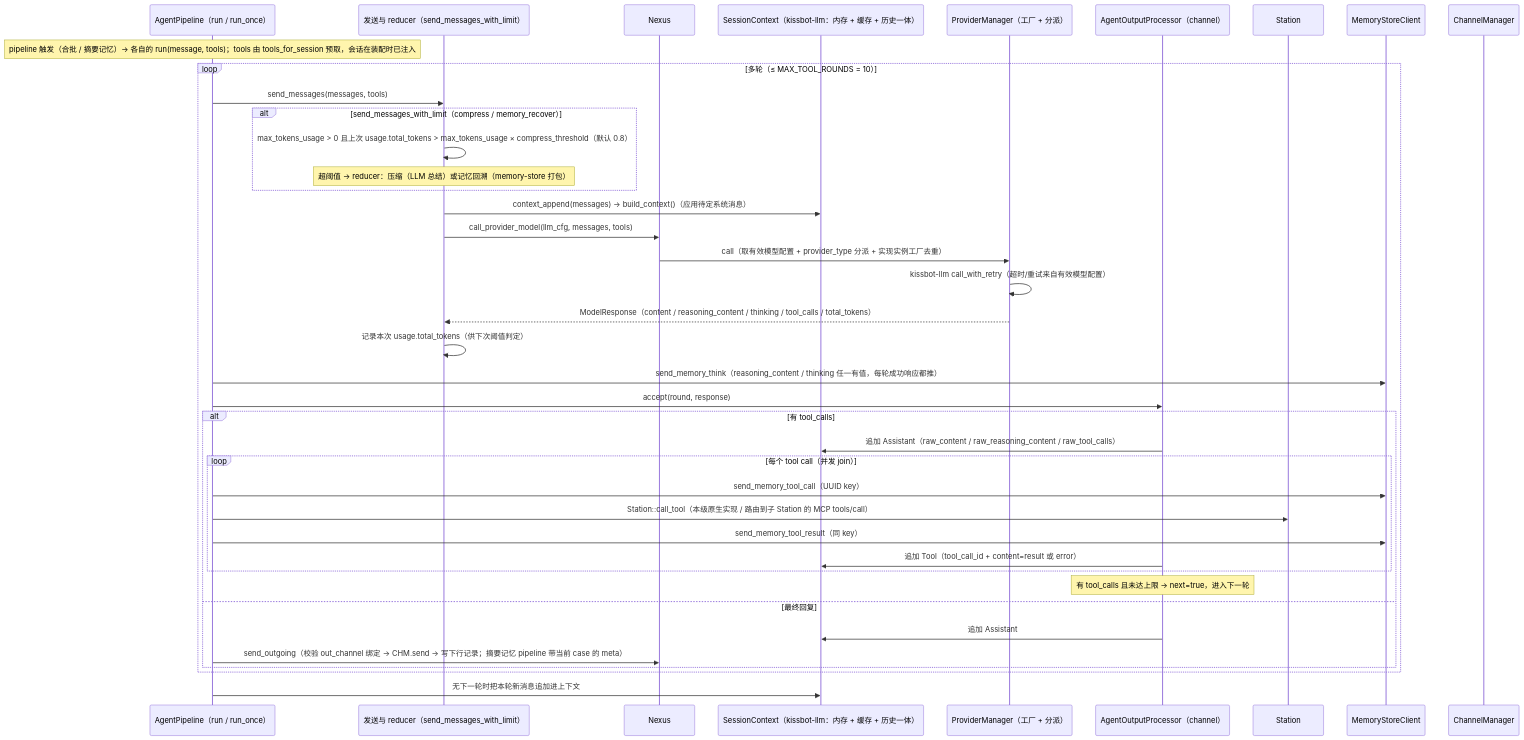
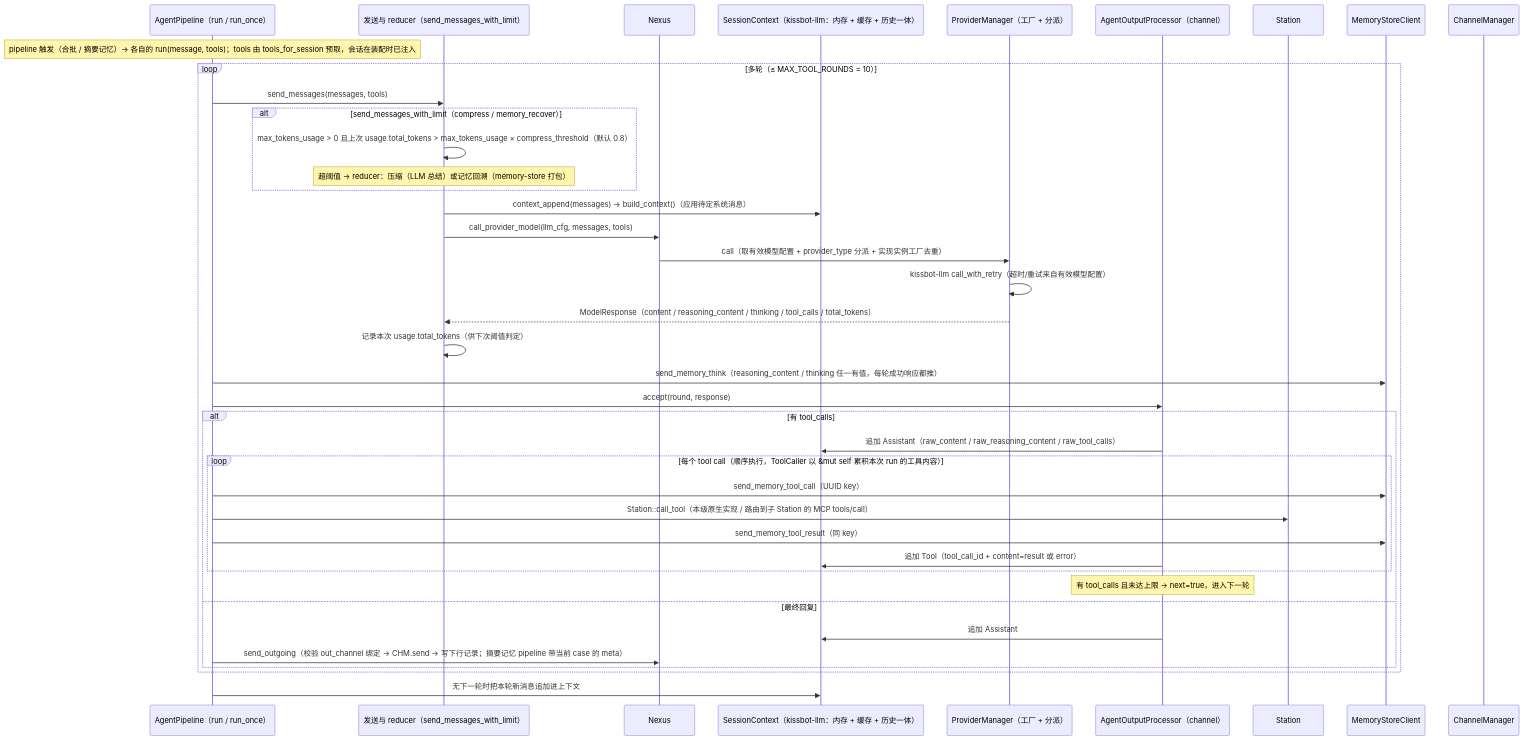
Before and after one commit to coldcloude/kissbot: the fourth of 5 diagrams in docs/spec/agent-modules.md, drawn with Mermaid. The commit also changed 3 other files, not shown here.

First line of the commit message:
pending 工具内容改为 &mut 传递：ToolCaller / call_tools_dyn 改 &mut self 并顺序执行

````diff
--- a/docs/spec/agent-modules.md
+++ b/docs/spec/agent-modules.md
@@ -184,43 +184,43 @@
 ```mermaid
 sequenceDiagram
     participant PL as AgentPipeline（run / run_once）
     participant MSN as 发送与 reducer（send_messages_with_limit）
     participant CO as Nexus
     participant CTX as SessionContext（kissbot-llm：内存 + 缓存 + 历史一体）
     participant PRV as ProviderManager（工厂 + 分派）
     participant OUT as AgentOutputProcessor（channel）
     participant ST as Station
     participant MSC as MemoryStoreClient
     participant CHM as ChannelManager
 
     Note over PL: pipeline 触发（合批 / 摘要记忆）→ 各自的 run(message, tools)；tools 由 tools_for_session 预取，会话在装配时已注入
     loop 多轮（≤ MAX_TOOL_ROUNDS = 10）
         PL->>MSN: send_messages(messages, tools)
         alt send_messages_with_limit（compress / memory_recover）
             MSN->>MSN: max_tokens_usage > 0 且上次 usage.total_tokens > max_tokens_usage × compress_threshold（默认 0.8）
             Note over MSN: 超阈值 → reducer：压缩（LLM 总结）或记忆回溯（memory-store 打包）
         end
         MSN->>CTX: context_append(messages) → build_context()（应用待定系统消息）
         MSN->>CO: call_provider_model(llm_cfg, messages, tools)
         CO->>PRV: call（取有效模型配置 + provider_type 分派 + 实现实例工厂去重）
         PRV->>PRV: kissbot-llm call_with_retry（超时/重试来自有效模型配置）
         PRV-->>MSN: ModelResponse（content / reasoning_content / thinking / tool_calls / total_tokens）
         MSN->>MSN: 记录本次 usage.total_tokens（供下次阈值判定）
         PL->>MSC: send_memory_think（reasoning_content / thinking 任一有值，每轮成功响应都推）
         PL->>OUT: accept(round, response)
         alt 有 tool_calls
             OUT->>CTX: 追加 Assistant（raw_content / raw_reasoning_content / raw_tool_calls）
-            loop 每个 tool call（并发 join）
+            loop 每个 tool call（顺序执行，ToolCaller 以 &mut self 累积本次 run 的工具内容）
                 PL->>MSC: send_memory_tool_call（UUID key）
                 PL->>ST: Station::call_tool（本级原生实现 / 路由到子 Station 的 MCP tools/call）
                 PL->>MSC: send_memory_tool_result（同 key）
                 OUT->>CTX: 追加 Tool（tool_call_id + content=result 或 error）
             end
             Note over OUT: 有 tool_calls 且未达上限 → next=true，进入下一轮
         else 最终回复
             OUT->>CTX: 追加 Assistant
             PL->>CO: send_outgoing（校验 out_channel 绑定 → CHM.send → 写下行记录；摘要记忆 pipeline 带当前 case 的 meta）
         end
     end
     PL->>CTX: 无下一轮时把本轮新消息追加进上下文
 ```
````
